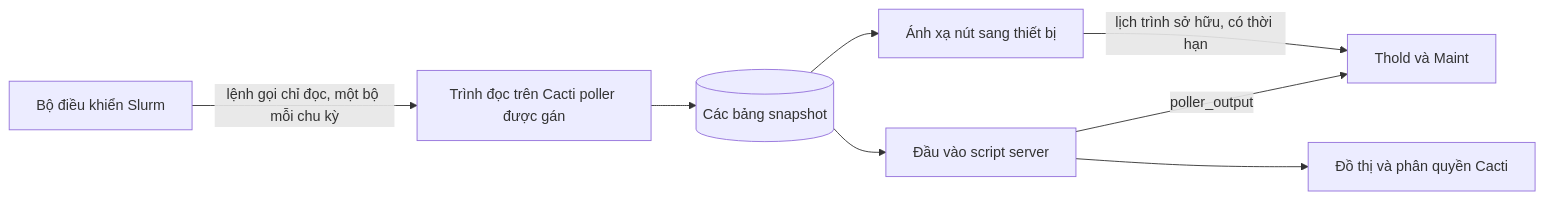
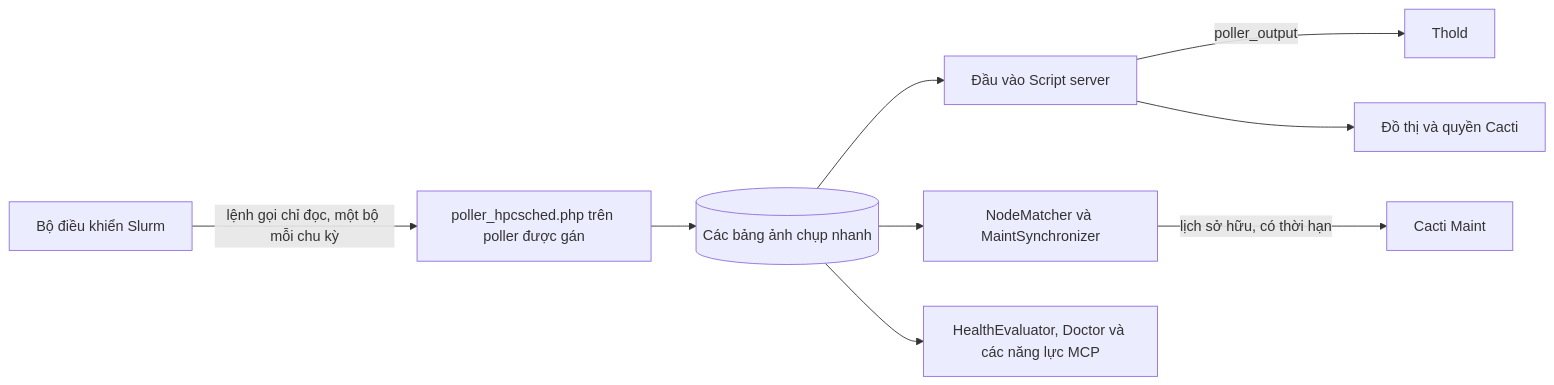
One commit to somethingwithproof/plugin_hpcsched changed the diagram in docs/i18n/vi-VN/README.md. Above: the diagram before and after it, drawn with Mermaid. The commit also changed other lines of this file and 48 other files, not shown here.

````diff
--- a/docs/i18n/vi-VN/README.md
+++ b/docs/i18n/vi-VN/README.md
@@ -109,10 +163,11 @@
 ```mermaid
 flowchart LR
-    S[Bộ điều khiển Slurm] -->|lệnh gọi chỉ đọc, một bộ mỗi chu kỳ| R[Trình đọc trên Cacti poller được gán]
-    R --> SNAP[(Các bảng snapshot)]
-    SNAP --> SS[Đầu vào script server]
-    SS -->|poller_output| T[Thold và Maint]
-    SS --> G[Đồ thị và phân quyền Cacti]
-    SNAP --> MAP[Ánh xạ nút sang thiết bị]
-    MAP -->|lịch trình sở hữu, có thời hạn| T
+    S[Bộ điều khiển Slurm] -->|lệnh gọi chỉ đọc, một bộ mỗi chu kỳ| R[poller_hpcsched.php trên poller được gán]
+    R --> SNAP[(Các bảng ảnh chụp nhanh)]
+    SNAP --> SS[Đầu vào Script server]
+    SS -->|poller_output| T[Thold]
+    SS --> G[Đồ thị và quyền Cacti]
+    SNAP --> MAP[NodeMatcher và MaintSynchronizer]
+    MAP -->|lịch sở hữu, có thời hạn| M[Cacti Maint]
+    SNAP --> H[HealthEvaluator, Doctor và các năng lực MCP]
 ```
````
